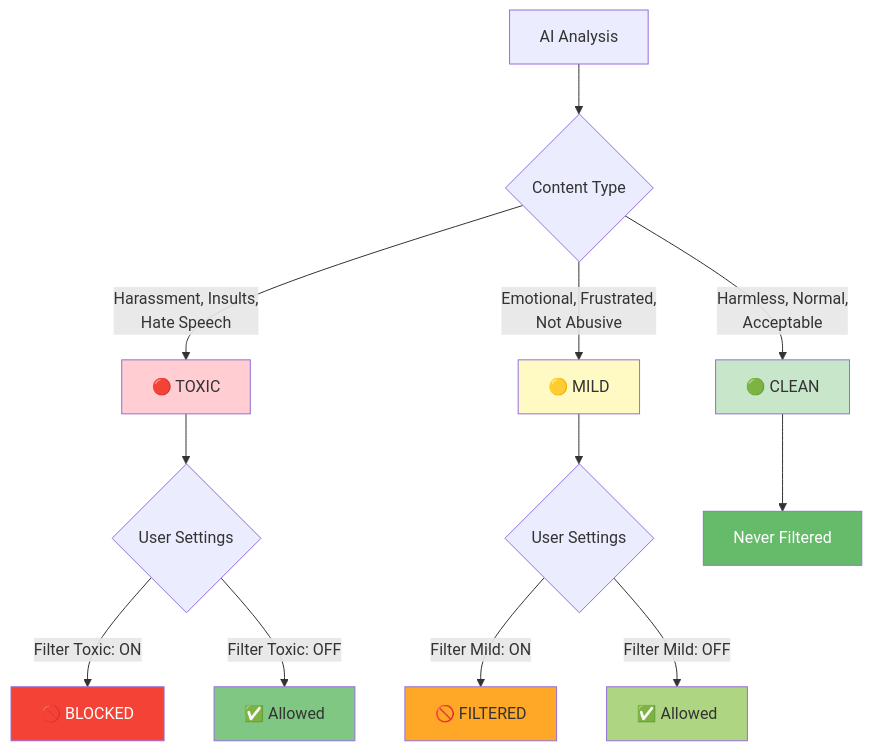
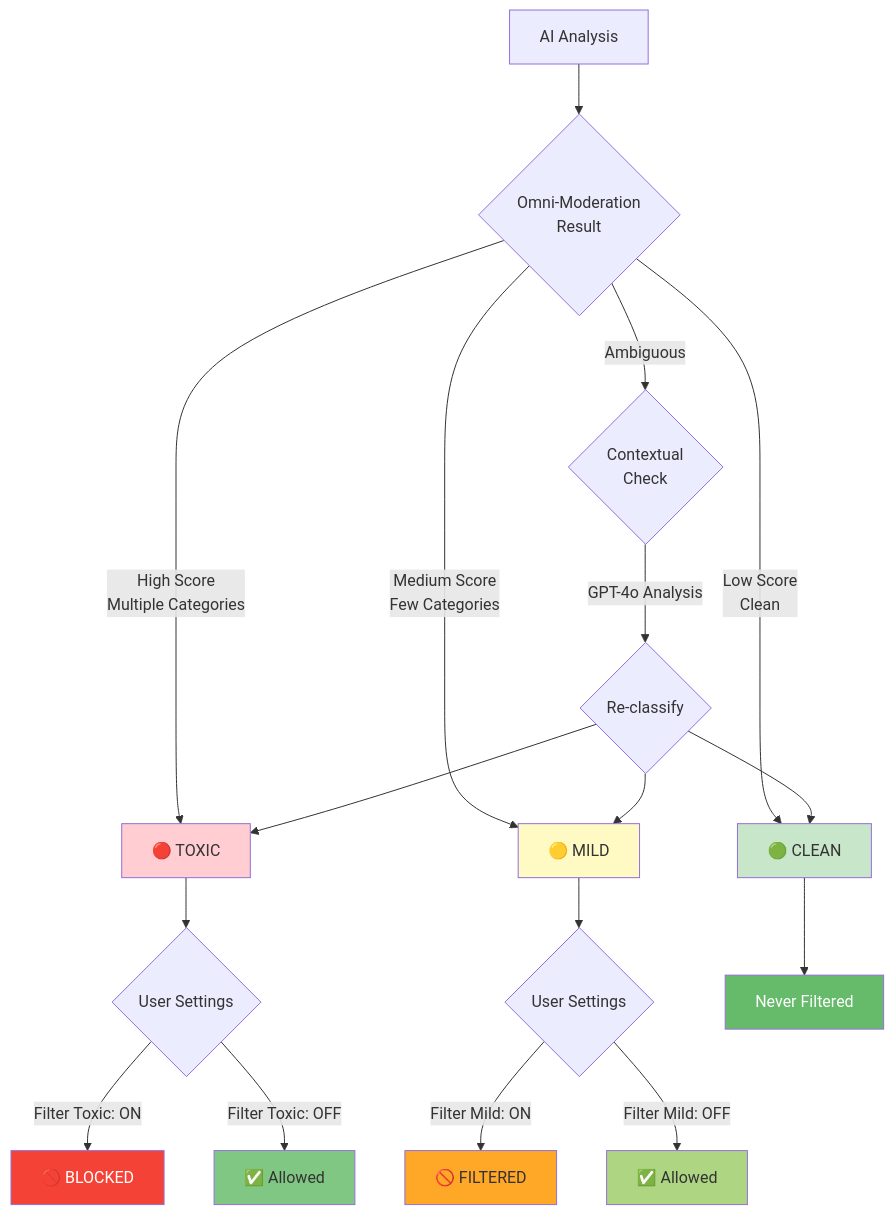
The fourth of 4 diagrams in README.md (shinjitsue/JoSan), drawn with Mermaid before and after one commit. The commit also changed other lines of this file, not shown here.

Commit message:
docs: expand README with features, architecture, privacy and usage details

````diff
--- a/README.md
+++ b/README.md
@@ -332,27 +469,33 @@
 ```mermaid
 graph TD
-    A[AI Analysis] --> B{Content Type}
+    A[AI Analysis] --> B{Omni-Moderation<br/>Result}
 
-    B -->|Harassment, Insults,<br/>Hate Speech| C[🔴 TOXIC]
-    B -->|Emotional, Frustrated,<br/>Not Abusive| D[🟡 MILD]
-    B -->|Harmless, Normal,<br/>Acceptable| E[🟢 CLEAN]
+    B -->|High Score<br/>Multiple Categories| C[🔴 TOXIC]
+    B -->|Medium Score<br/>Few Categories| D[🟡 MILD]
+    B -->|Low Score<br/>Clean| E[🟢 CLEAN]
+    B -->|Ambiguous| F{Contextual<br/>Check}
 
-    C --> F{User Settings}
-    D --> G{User Settings}
-    E --> H[Never Filtered]
+    F -->|GPT-4o Analysis| G{Re-classify}
+    G --> C
+    G --> D
+    G --> E
 
-    F -->|Filter Toxic: ON| I[🚫 BLOCKED]
-    F -->|Filter Toxic: OFF| J[✅ Allowed]
+    C --> H{User Settings}
+    D --> I{User Settings}
+    E --> J[Never Filtered]
 
-    G -->|Filter Mild: ON| K[🚫 FILTERED]
-    G -->|Filter Mild: OFF| L[✅ Allowed]
+    H -->|Filter Toxic: ON| K[🚫 BLOCKED]
+    H -->|Filter Toxic: OFF| L[✅ Allowed]
+
+    I -->|Filter Mild: ON| M[🚫 FILTERED]
+    I -->|Filter Mild: OFF| N[✅ Allowed]
 
     style C fill:#ffcdd2
     style D fill:#fff9c4
     style E fill:#c8e6c9
-    style I fill:#f44336,color:#fff
-    style K fill:#ffa726
-    style H fill:#66bb6a,color:#fff
-    style J fill:#81c784
-    style L fill:#aed581
+    style K fill:#f44336,color:#fff
+    style M fill:#ffa726
+    style J fill:#66bb6a,color:#fff
+    style L fill:#81c784
+    style N fill:#aed581
 ```
````
